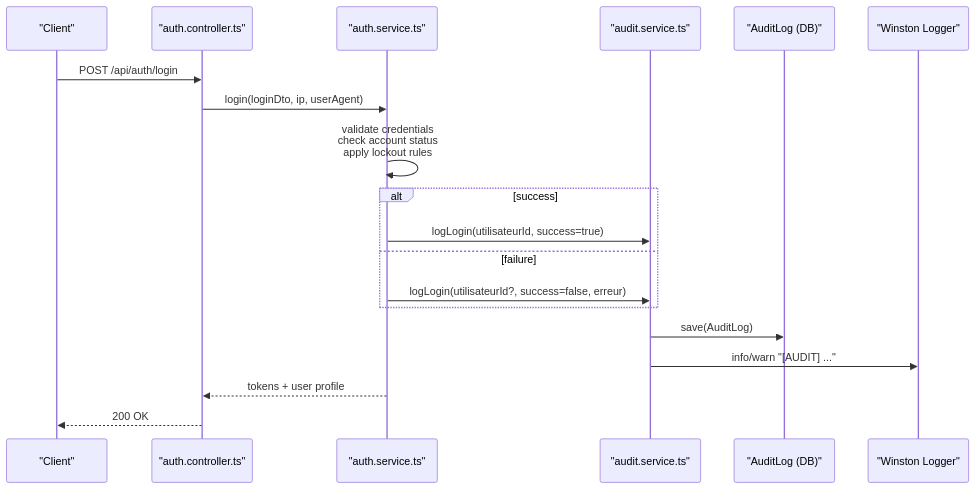
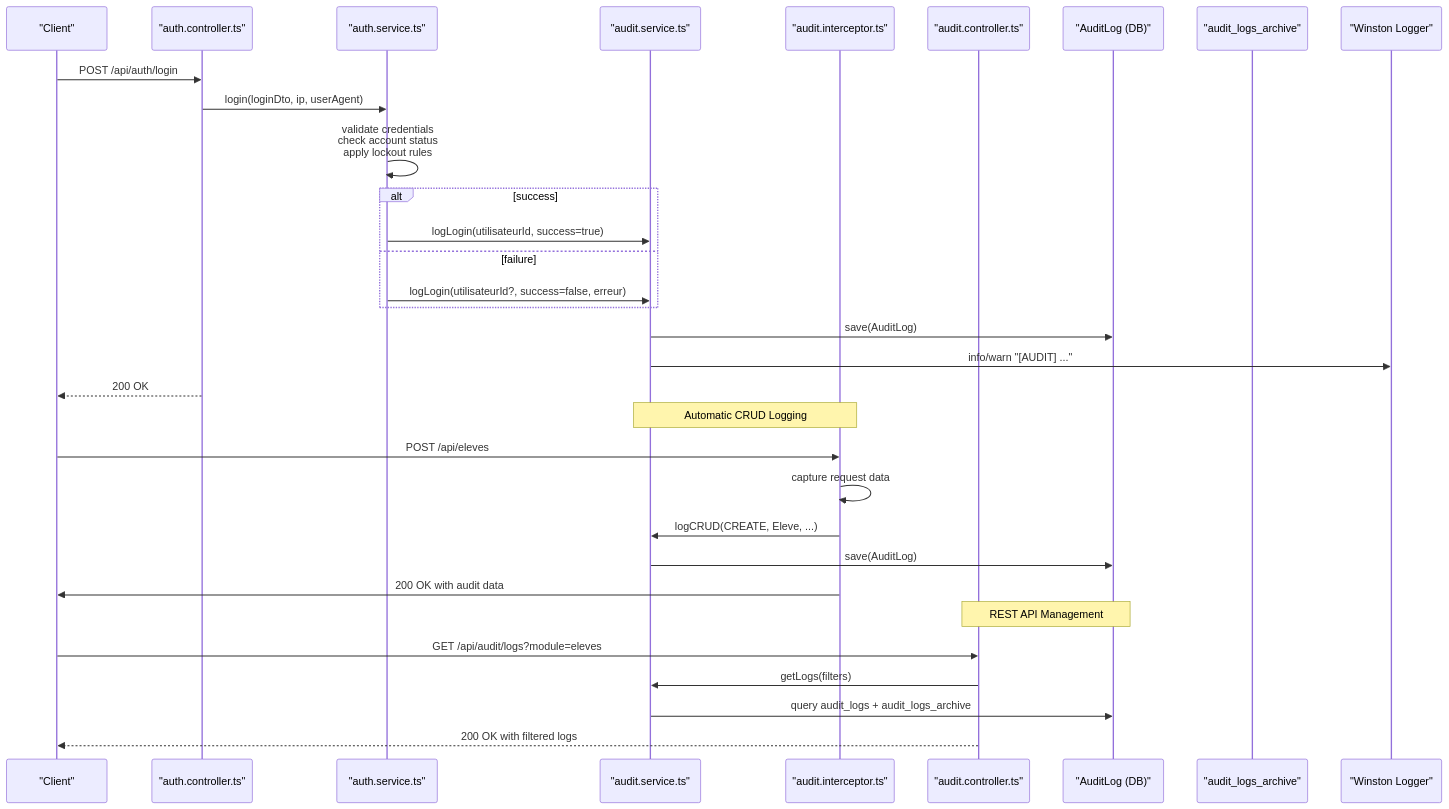
Before and after one commit to franckylab/eLISAschool: the second of 11 diagrams in .qoder/repowiki/en/content/Authentication & Authorization/Audit Logging & Monitoring.md, drawn with Mermaid. The commit also changed other lines of this file and 67 other files, not shown here.

````diff
--- a/.qoder/repowiki/en/content/Authentication & Authorization/Audit Logging & Monitoring.md
+++ b/.qoder/repowiki/en/content/Authentication & Authorization/Audit Logging & Monitoring.md
@@ -131,21 +180,34 @@
 ```mermaid
 sequenceDiagram
 participant Client as "Client"
 participant AuthCtrl as "auth.controller.ts"
 participant AuthService as "auth.service.ts"
 participant AuditSvc as "audit.service.ts"
+participant AuditInt as "audit.interceptor.ts"
+participant AuditCtrl as "audit.controller.ts"
 participant DB as "AuditLog (DB)"
+participant ArchiveDB as "audit_logs_archive"
 participant Logger as "Winston Logger"
 Client->>AuthCtrl : POST /api/auth/login
 AuthCtrl->>AuthService : login(loginDto, ip, userAgent)
 AuthService->>AuthService : validate credentials<br/>check account status<br/>apply lockout rules
 alt success
 AuthService->>AuditSvc : logLogin(utilisateurId, success=true)
 else failure
 AuthService->>AuditSvc : logLogin(utilisateurId?, success=false, erreur)
 end
 AuditSvc->>DB : save(AuditLog)
 AuditSvc->>Logger : info/warn "[AUDIT] ..."
-AuthService-->>AuthCtrl : tokens + user profile
 AuthCtrl-->>Client : 200 OK
+Note over AuditInt,AuditSvc : Automatic CRUD Logging
+Client->>AuditInt : POST /api/eleves
+AuditInt->>AuditInt : capture request data
+AuditInt->>AuditSvc : logCRUD(CREATE, Eleve, ...)
+AuditSvc->>DB : save(AuditLog)
+AuditInt->>Client : 200 OK with audit data
+Note over AuditCtrl,DB : REST API Management
+Client->>AuditCtrl : GET /api/audit/logs?module=eleves
+AuditCtrl->>AuditSvc : getLogs(filters)
+AuditSvc->>DB : query audit_logs + audit_logs_archive
+AuditCtrl-->>Client : 200 OK with filtered logs
 ```
````
